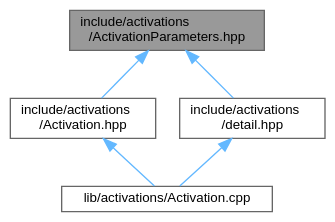
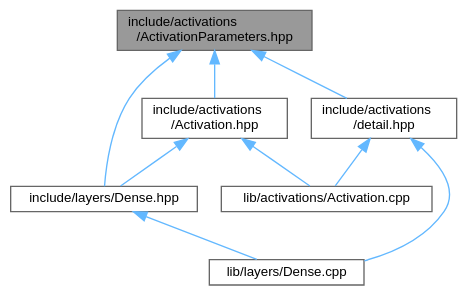
The diagram in ActivationParameters_8hpp__dep__incl.dot (Nalin-Angrish/FlexNN), drawn with Graphviz before and after one commit. The commit also changed 153 other files, not shown here.

```diff
--- a/ActivationParameters_8hpp__dep__incl.dot
+++ b/ActivationParameters_8hpp__dep__incl.dot
@@ -1,15 +1,21 @@
 digraph "include/activations/ActivationParameters.hpp"
 {
  // LATEX_PDF_SIZE
   bgcolor="transparent";
   edge [fontname=Helvetica,fontsize=10,labelfontname=Helvetica,labelfontsize=10];
   node [fontname=Helvetica,fontsize=10,shape=box,height=0.2,width=0.4];
   Node1 [id="Node000001",label="include/activations\l/ActivationParameters.hpp",height=0.2,width=0.4,color="gray40", fillcolor="grey60", style="filled", fontcolor="black",tooltip="Per-activation hyperparameters for FlexNN::Activations."];
   Node1 -> Node2 [id="edge1_Node000001_Node000002",dir="back",color="steelblue1",style="solid",tooltip=" "];
   Node2 [id="Node000002",label="include/activations\l/Activation.hpp",height=0.2,width=0.4,color="grey40", fillcolor="white", style="filled",URL="$Activation_8hpp.html",tooltip="Public activation enum and helpers for FlexNN."];
   Node2 -> Node3 [id="edge2_Node000002_Node000003",dir="back",color="steelblue1",style="solid",tooltip=" "];
-  Node3 [id="Node000003",label="lib/activations/Activation.cpp",height=0.2,width=0.4,color="grey40", fillcolor="white", style="filled",URL="$Activation_8cpp.html",tooltip="Implements FlexNN::Activations helpers (to_string, try_parse, dispatch)."];
-  Node1 -> Node4 [id="edge3_Node000001_Node000004",dir="back",color="steelblue1",style="solid",tooltip=" "];
-  Node4 [id="Node000004",label="include/activations\l/detail.hpp",height=0.2,width=0.4,color="grey40", fillcolor="white", style="filled",URL="$detail_8hpp.html",tooltip="Convenience re-export for activation detail headers."];
-  Node4 -> Node3 [id="edge4_Node000004_Node000003",dir="back",color="steelblue1",style="solid",tooltip=" "];
+  Node3 [id="Node000003",label="include/layers/Dense.hpp",height=0.2,width=0.4,color="grey40", fillcolor="white", style="filled",URL="$Dense_8hpp.html",tooltip="Dense (fully-connected) layer for FlexNN::Layers."];
+  Node3 -> Node4 [id="edge3_Node000003_Node000004",dir="back",color="steelblue1",style="solid",tooltip=" "];
+  Node4 [id="Node000004",label="lib/layers/Dense.cpp",height=0.2,width=0.4,color="grey40", fillcolor="white", style="filled",URL="$Dense_8cpp.html",tooltip="Implements FlexNN::Layers::Dense forward/backward/update."];
+  Node2 -> Node5 [id="edge4_Node000002_Node000005",dir="back",color="steelblue1",style="solid",tooltip=" "];
+  Node5 [id="Node000005",label="lib/activations/Activation.cpp",height=0.2,width=0.4,color="grey40", fillcolor="white", style="filled",URL="$Activation_8cpp.html",tooltip="Implements FlexNN::Activations helpers (to_string, try_parse, dispatch)."];
+  Node1 -> Node6 [id="edge5_Node000001_Node000006",dir="back",color="steelblue1",style="solid",tooltip=" "];
+  Node6 [id="Node000006",label="include/activations\l/detail.hpp",height=0.2,width=0.4,color="grey40", fillcolor="white", style="filled",URL="$detail_8hpp.html",tooltip="Convenience re-export for activation detail headers."];
+  Node6 -> Node5 [id="edge6_Node000006_Node000005",dir="back",color="steelblue1",style="solid",tooltip=" "];
+  Node6 -> Node4 [id="edge7_Node000006_Node000004",dir="back",color="steelblue1",style="solid",tooltip=" "];
+  Node1 -> Node3 [id="edge8_Node000001_Node000003",dir="back",color="steelblue1",style="solid",tooltip=" "];
 }
```
